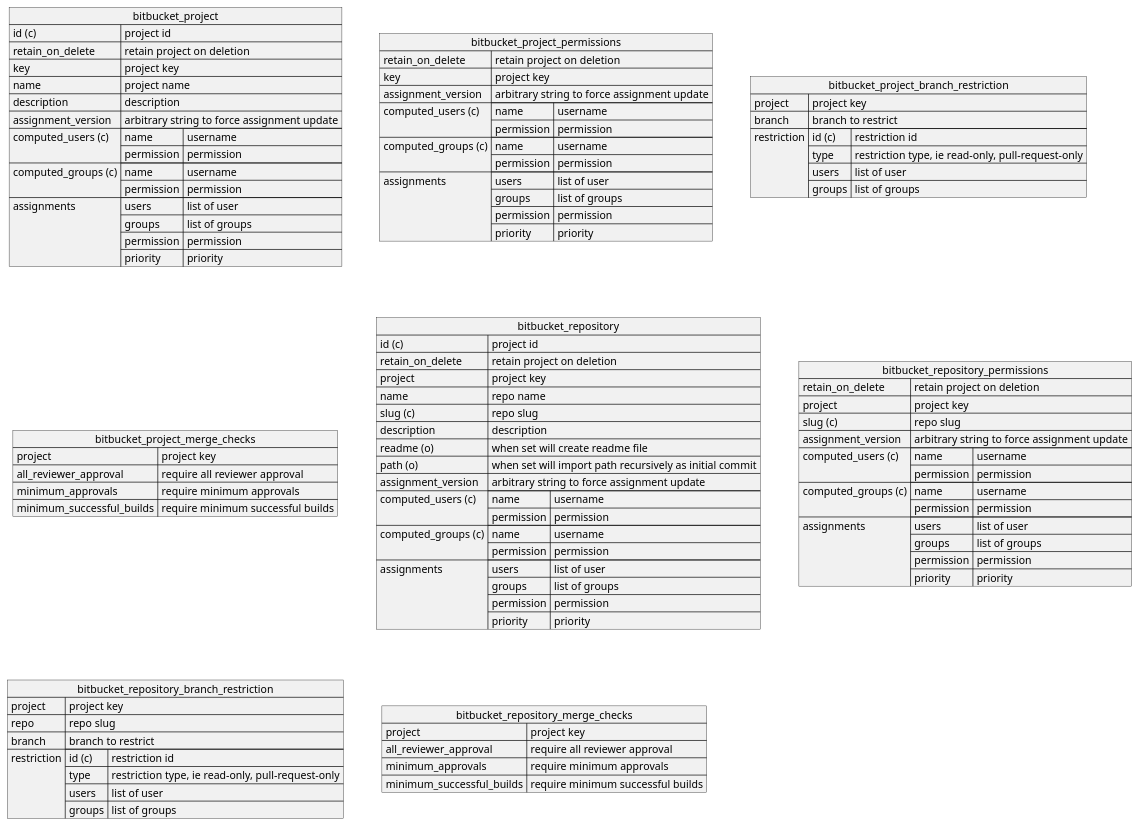
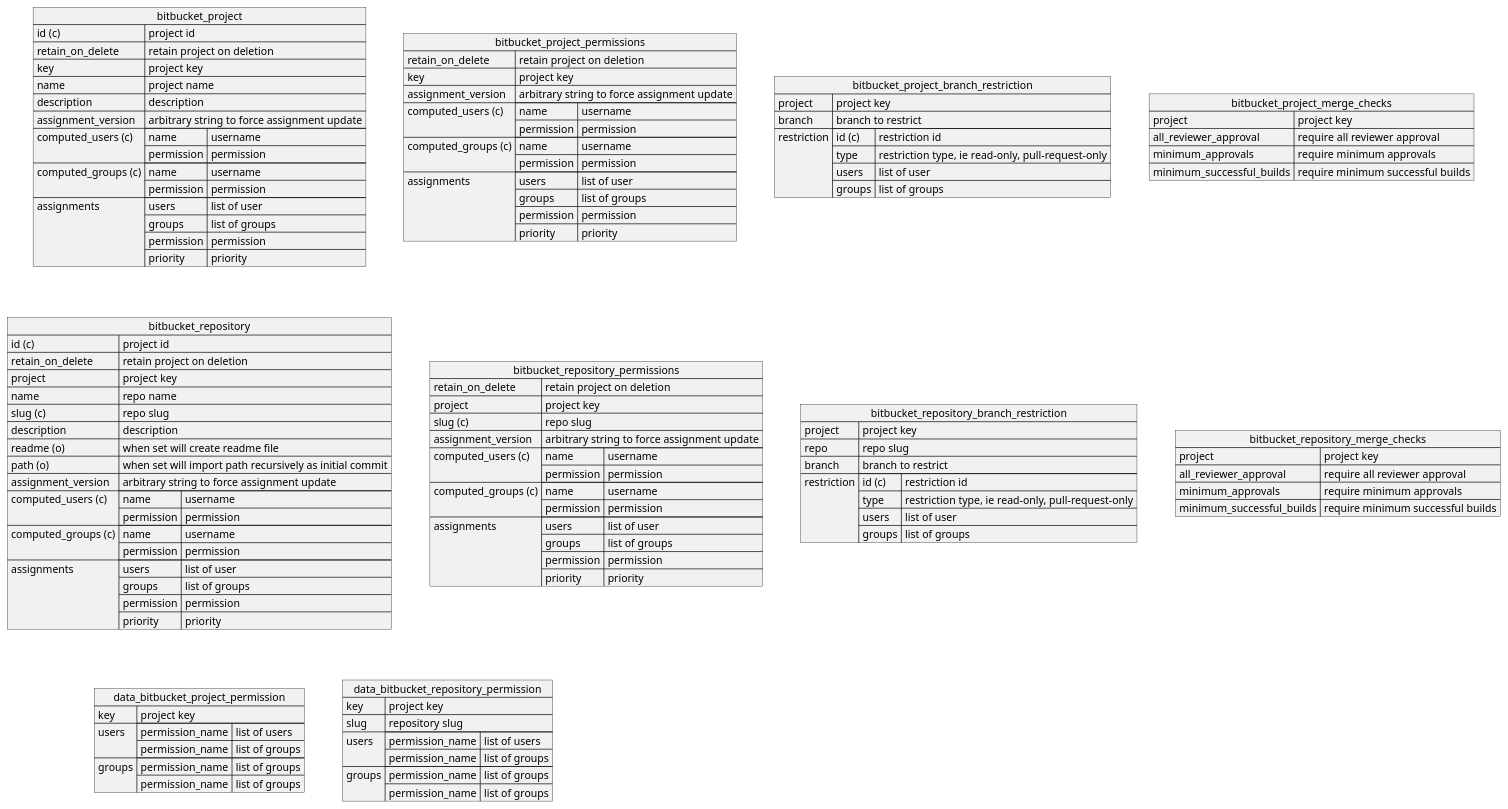
The diagram in resources.puml (yunarta/terraform-provider-bitbucket), drawn with PlantUML before and after one commit.

Commit message:
Add Bitbucket project and repository permissions

```diff
--- a/resources.puml
+++ b/resources.puml
@@ -1,156 +1,197 @@
 @startuml
 
 json bitbucket_project {
     "id (c)": "project id",
     "retain_on_delete": "retain project on deletion",
     "key": "project key",
     "name": "project name",
     "description": "description",
     "assignment_version": "arbitrary string to force assignment update",
     "computed_users (c)": [
         {
         "name":"username",
         "permission": "permission"
         }
     ],
     "computed_groups (c)": [
         {
         "name":"username",
         "permission": "permission"
         }
     ],
     "assignments": [
         {
         "users": "list of user",
         "groups": "list of groups",
         "permission": "permission",
         "priority": "priority"
         }
     ]
 }
 
 json bitbucket_project_permissions {
     "retain_on_delete": "retain project on deletion",
     "key": "project key",
     "assignment_version": "arbitrary string to force assignment update",
     "computed_users (c)": [
         {
         "name":"username",
         "permission": "permission"
         }
     ],
     "computed_groups (c)": [
         {
         "name":"username",
         "permission": "permission"
         }
     ],
     "assignments": [
         {
         "users": "list of user",
         "groups": "list of groups",
         "permission": "permission",
         "priority": "priority"
         }
     ]
 }
 
 json bitbucket_project_branch_restriction {
     "project": "project key",
     "branch": "branch to restrict",
     "restriction": {
     "id (c)": "restriction id",
         "type": "restriction type, ie read-only, pull-request-only",
         "users": "list of user",
         "groups": "list of groups"
     }
 }
 
 json bitbucket_project_merge_checks {
     "project": "project key",
     "all_reviewer_approval": "require all reviewer approval",
     "minimum_approvals": "require minimum approvals",
     "minimum_successful_builds": "require minimum successful builds"
 }
 
 json bitbucket_repository {
     "id (c)": "project id",
     "retain_on_delete": "retain project on deletion",
     "project": "project key",
     "name": "repo name",
     "slug (c)": "repo slug",
     "description": "description",
     "readme (o)": "when set will create readme file",
     "path (o)": "when set will import path recursively as initial commit",
     "assignment_version": "arbitrary string to force assignment update",
     "computed_users (c)": [
         {
         "name":"username",
         "permission": "permission"
         }
     ],
     "computed_groups (c)": [
         {
         "name":"username",
         "permission": "permission"
         }
     ],
     "assignments": [
         {
         "users": "list of user",
         "groups": "list of groups",
         "permission": "permission",
         "priority": "priority"
         }
     ]
 }
 
 
 json bitbucket_repository_permissions {
     "retain_on_delete": "retain project on deletion",
     "project": "project key",
     "slug (c)": "repo slug",
     "assignment_version": "arbitrary string to force assignment update",
     "computed_users (c)": [
         {
         "name":"username",
         "permission": "permission"
         }
     ],
     "computed_groups (c)": [
         {
         "name":"username",
         "permission": "permission"
         }
     ],
     "assignments": [
         {
         "users": "list of user",
         "groups": "list of groups",
         "permission": "permission",
         "priority": "priority"
         }
     ]
 }
 
 
 json bitbucket_repository_branch_restriction {
     "project": "project key",
     "repo": "repo slug",
     "branch": "branch to restrict",
     "restriction": {
     "id (c)": "restriction id",
         "type": "restriction type, ie read-only, pull-request-only",
         "users": "list of user",
         "groups": "list of groups"
     }
 }
 
 json bitbucket_repository_merge_checks {
     "project": "project key",
     "all_reviewer_approval": "require all reviewer approval",
     "minimum_approvals": "require minimum approvals",
     "minimum_successful_builds": "require minimum successful builds"
 }
 
+json data_bitbucket_project_permission {
+    "key": "project key",
+    "users": {
+        "permission_name": [
+            "list of users"
+        ],
+        "permission_name": [
+            "list of groups"
+        ]
+    },
+    "groups": {
+        "permission_name": [
+            "list of groups"
+        ],
+        "permission_name": [
+            "list of groups"
+        ]
+    }
+}
+
+json data_bitbucket_repository_permission {
+    "key": "project key",
+    "slug": "repository slug",
+    "users": {
+        "permission_name": [
+            "list of users"
+        ],
+        "permission_name": [
+            "list of groups"
+        ]
+    },
+    "groups": {
+        "permission_name": [
+            "list of groups"
+        ],
+        "permission_name": [
+            "list of groups"
+        ]
+    }
+}
+
 @enduml
```
